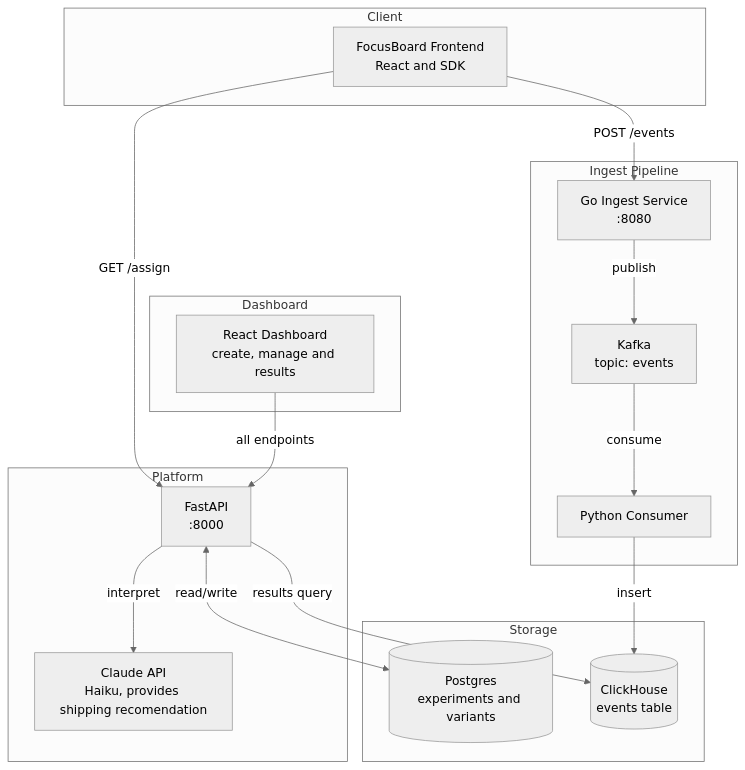
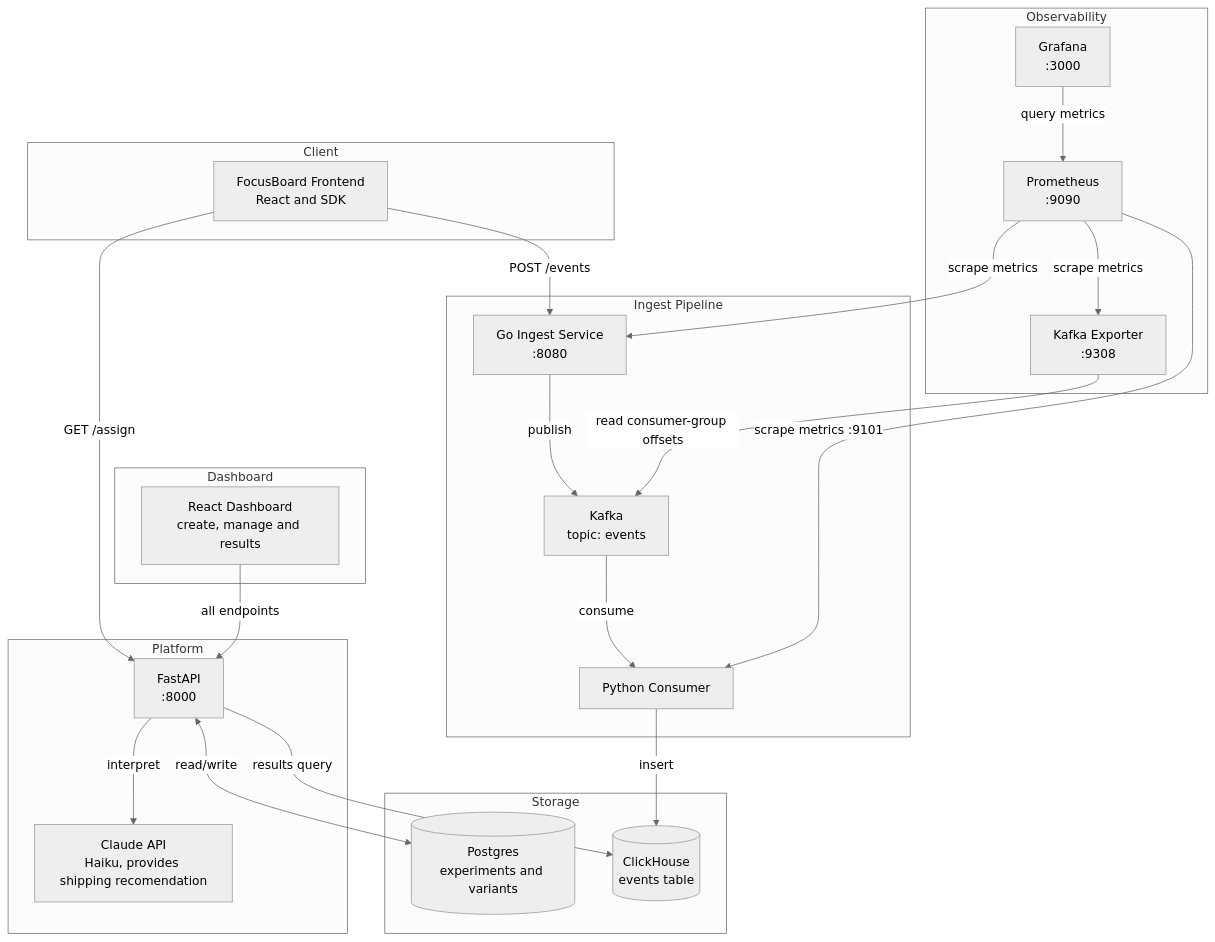
One commit to Shafaihaque/AB-Platform changed the diagram in README.md. Above: the diagram before and after it, drawn with Mermaid (neutral theme). The commit also changed other lines of this file, not shown here.

First line of the commit message:
Enhance README with observability details and setup

````diff
--- a/README.md
+++ b/README.md
@@ -11,36 +11,46 @@
 ```mermaid
 flowchart TD
     subgraph Client
         FB[FocusBoard Frontend\nReact and SDK]
     end
 
     subgraph Ingest Pipeline
         GI[Go Ingest Service\n:8080]
         KF[Kafka\ntopic: events]
         KC[Python Consumer]
     end
 
     subgraph Storage
         PG[(Postgres\nexperiments and variants)]
         CH[(ClickHouse\nevents table)]
     end
 
     subgraph Platform
         API[FastAPI\n:8000]
         CLAUDE[Claude API\nHaiku, provides shipping recomendation]
     end
 
     subgraph Dashboard
         UI[React Dashboard\ncreate, manage and results]
     end
 
+    subgraph Observability
+        PROM[Prometheus\n:9090]
+        GRAFANA[Grafana\n:3000]
+        KEXP[Kafka Exporter\n:9308]
+    end
     FB -->|GET /assign| API
     FB -->|POST /events| GI
     GI -->|publish| KF
     KF -->|consume| KC
     KC -->|insert| CH
     API <-->|read/write| PG
     API -->|results query| CH
     API -->|interpret| CLAUDE
-    UI -->|all endpoints| API 
+    UI -->|all endpoints| API
+    PROM -->|scrape metrics| GI
+    PROM -->|scrape metrics :9101| KC
+    PROM -->|scrape metrics| KEXP
+    KEXP -->|read consumer-group offsets| KF
+    GRAFANA -->|query metrics| PROM
 ```
````
